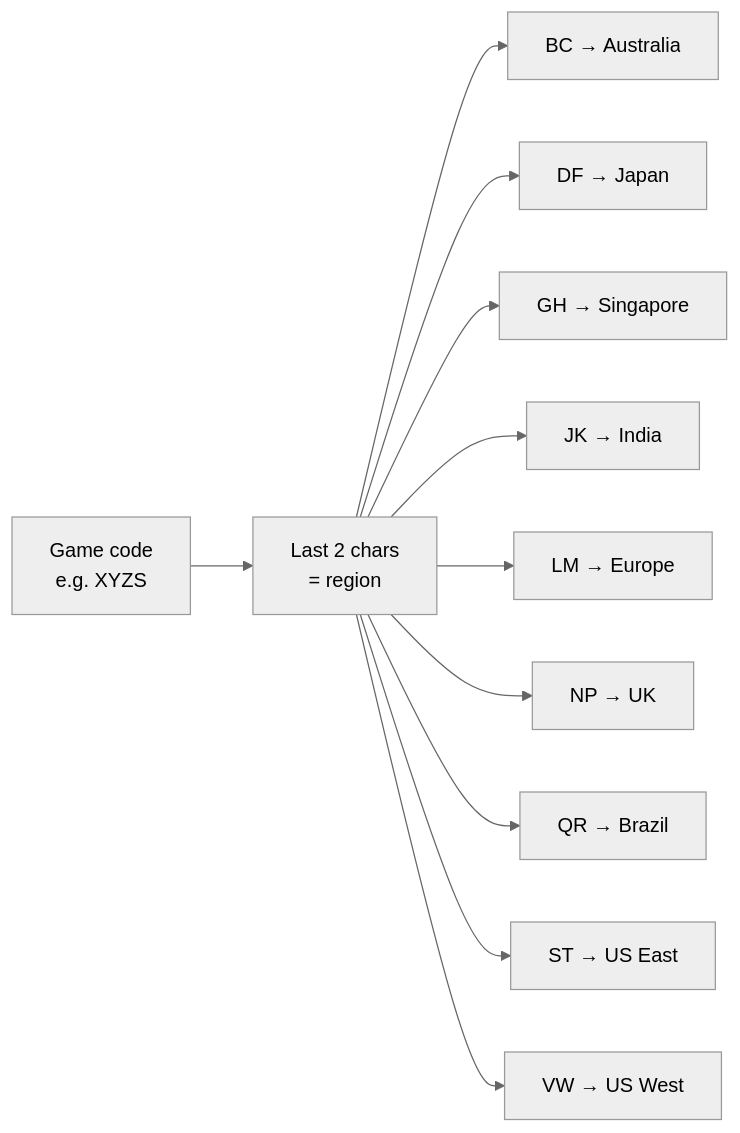
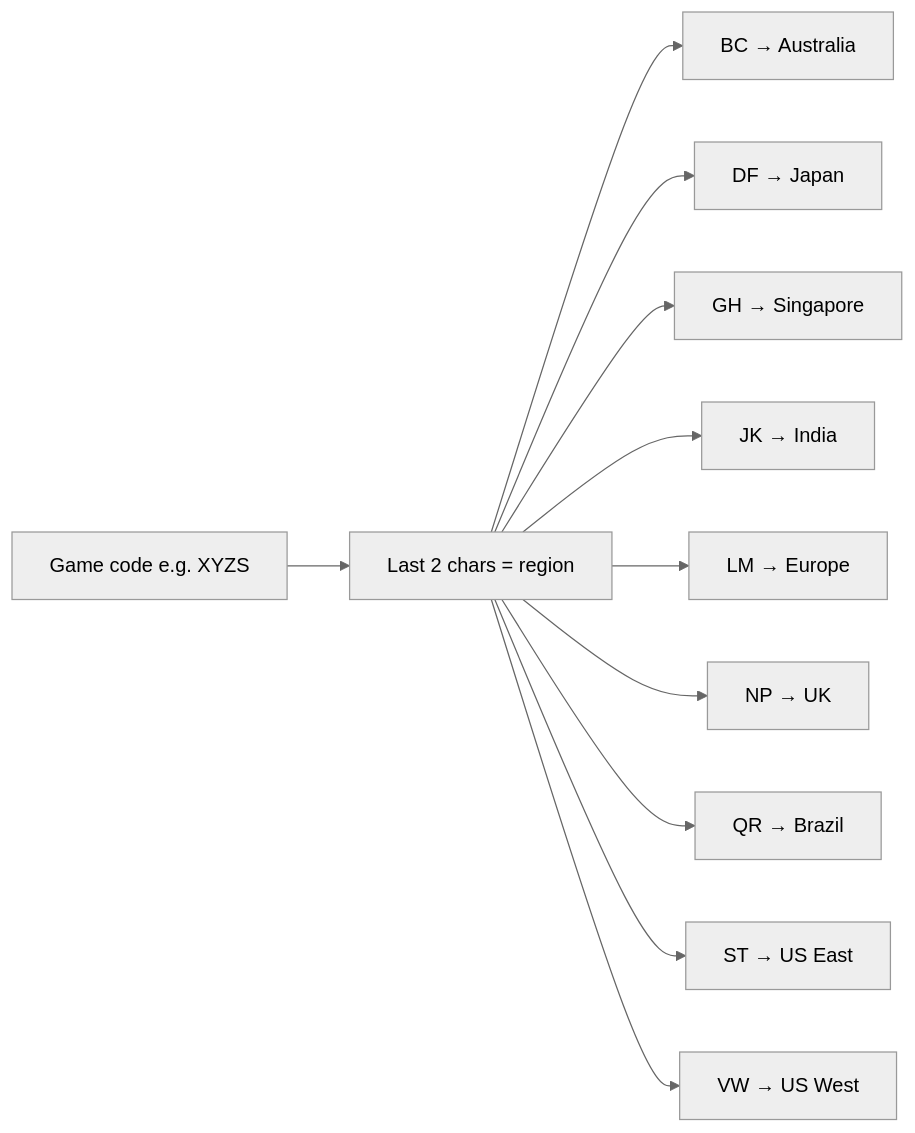
One commit to mcteamster/rgb changed the sixth of 7 diagrams in docs/demo-guide.md. Above: the diagram before and after it, drawn with Mermaid (neutral theme). The commit also changed other lines of this file, not shown here.

Commit message:
docs: fix Mermaid line breaks, correct color wheel description, add bicone image

````diff
--- a/docs/demo-guide.md
+++ b/docs/demo-guide.md
@@ -101,14 +113,13 @@
 ```mermaid
 flowchart LR
-  Code["Game code\ne.g. XYZS"] --> Last["Last 2 chars\n= region"]
-
+  Code["Game code e.g. XYZS"] --> Last["Last 2 chars = region"]
   Last --> AU["BC → Australia"]
   Last --> JP["DF → Japan"]
   Last --> SG["GH → Singapore"]
   Last --> IN["JK → India"]
   Last --> EU["LM → Europe"]
   Last --> UK["NP → UK"]
   Last --> BR["QR → Brazil"]
   Last --> USE["ST → US East"]
   Last --> USW["VW → US West"]
 ```
````
